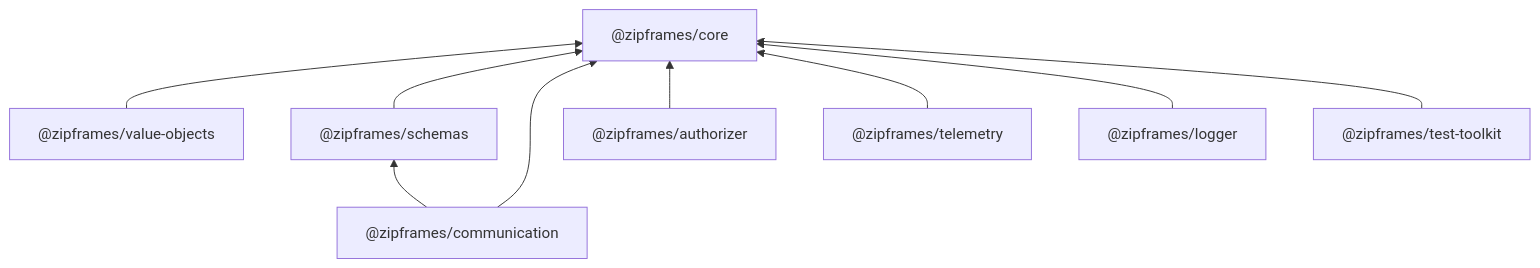
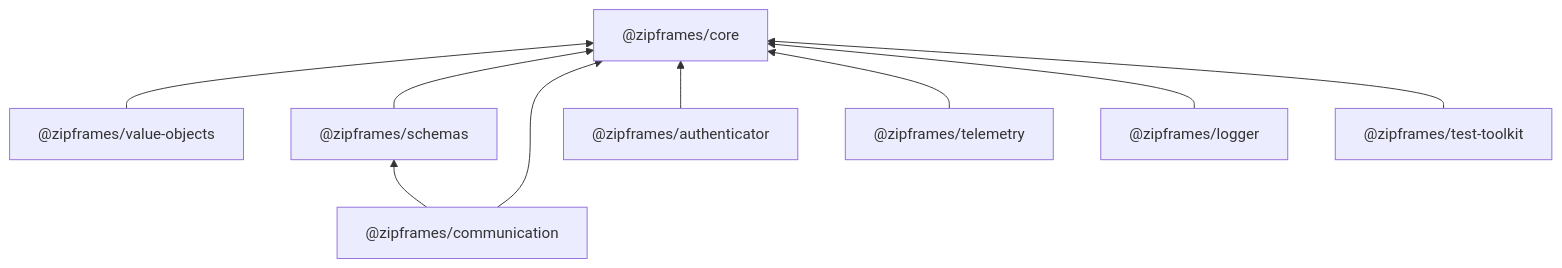
One commit to knzt/zipframes-packages changed the diagram in docs/estrutura.md. Above: the diagram before and after it, drawn with Mermaid. The commit also changed other lines of this file, not shown here.

Commit message:
docs: rename authorizer package to authenticator

````diff
--- a/docs/estrutura.md
+++ b/docs/estrutura.md
@@ -21,20 +21,20 @@
 ```mermaid
 flowchart BT
   core["@zipframes/core"]
   vo["@zipframes/value-objects"]
   schemas["@zipframes/schemas"]
   comm["@zipframes/communication"]
   logger["@zipframes/logger"]
   telemetry["@zipframes/telemetry"]
-  auth["@zipframes/authorizer"]
+  auth["@zipframes/authenticator"]
   toolkit["@zipframes/test-toolkit"]
 
   vo --> core
   schemas --> core
   comm --> core
   comm --> schemas
   auth --> core
   telemetry --> core
   logger --> core
   toolkit --> core
 ```
````
